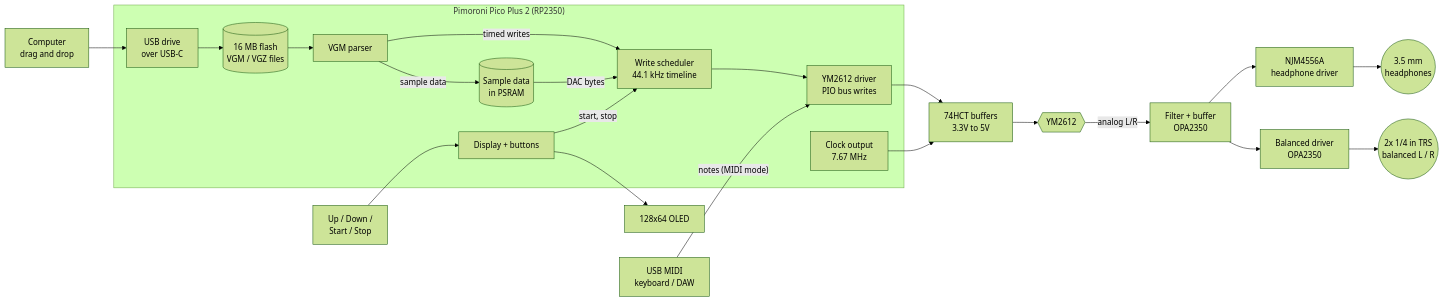
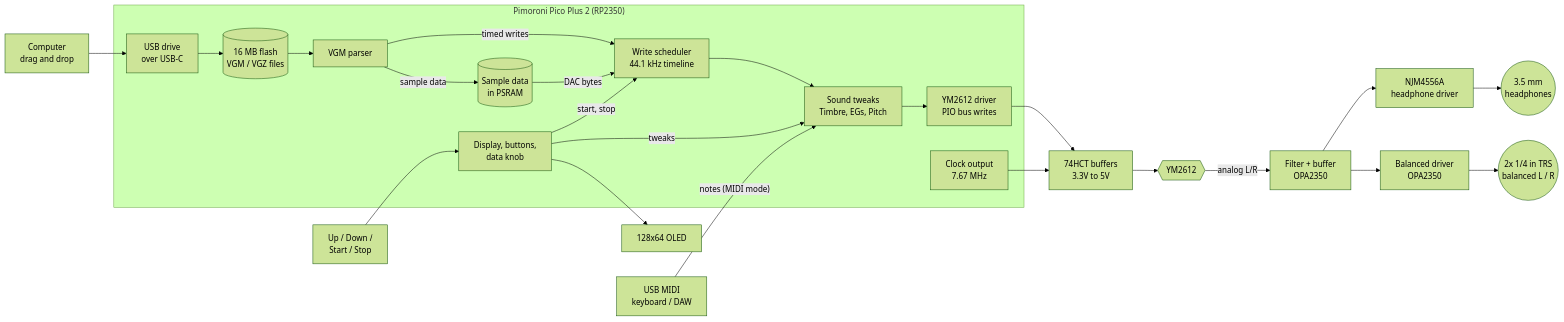
The diagram in docs/DESIGN.md (ctrlvlts-000/Vintage-Sound-Chip-Player), drawn with Mermaid (forest theme) before and after one commit. The commit also changed other lines of this file and 1 other file, not shown here.

First line of the commit message:
Add a data knob for Korg-style sound tweaks

````diff
--- a/docs/DESIGN.md
+++ b/docs/DESIGN.md
@@ -121,40 +153,42 @@
 ```mermaid
 flowchart LR
     PC[Computer<br/>drag and drop]
 
     subgraph PICO["Pimoroni Pico Plus 2 (RP2350)"]
         USB[USB drive<br/>over USB-C]
         FLASH[(16 MB flash<br/>VGM / VGZ files)]
         PARSE[VGM parser]
         PCM[(Sample data<br/>in PSRAM)]
         SCHED[Write scheduler<br/>44.1 kHz timeline]
         DRV[YM2612 driver<br/>PIO bus writes]
         CLKGEN[Clock output<br/>7.67 MHz]
-        UI[Display + buttons]
+        UI[Display, buttons,<br/>data knob]
+        SYN[Sound tweaks<br/>Timbre, EGs, Pitch]
     end
 
     BUF[74HCT buffers<br/>3.3V to 5V]
     YM{{YM2612}}
     FILT[Filter + buffer<br/>OPA2350]
     AMP[NJM4556A<br/>headphone driver]
     JACK((3.5 mm<br/>headphones))
     BAL[Balanced driver<br/>OPA2350]
     TRS((2x 1/4 in TRS<br/>balanced L / R))
     OLED[128x64 OLED]
     BTN[Up / Down /<br/>Start / Stop]
     MIDI[USB MIDI<br/>keyboard / DAW]
 
     PC --> USB --> FLASH --> PARSE
     PARSE -- "sample data" --> PCM
     PARSE -- "timed writes" --> SCHED
     PCM -- "DAC bytes" --> SCHED
-    SCHED --> DRV --> BUF --> YM
+    SCHED --> SYN --> DRV --> BUF --> YM
+    UI -- "tweaks" --> SYN
     CLKGEN --> BUF
     YM -- "analog L/R" --> FILT
     FILT --> AMP --> JACK
     FILT --> BAL --> TRS
     BTN --> UI
     UI --> OLED
     UI -- "start, stop" --> SCHED
-    MIDI -- "notes (MIDI mode)" --> DRV
+    MIDI -- "notes (MIDI mode)" --> SYN
 ```
````
